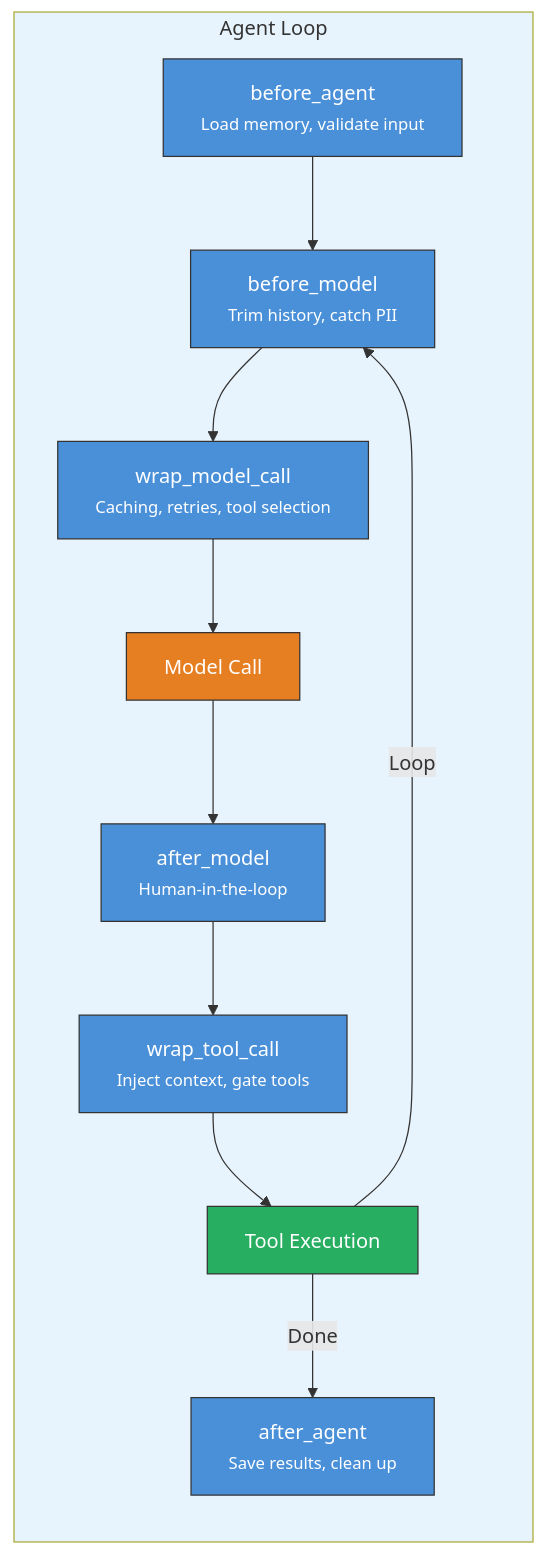
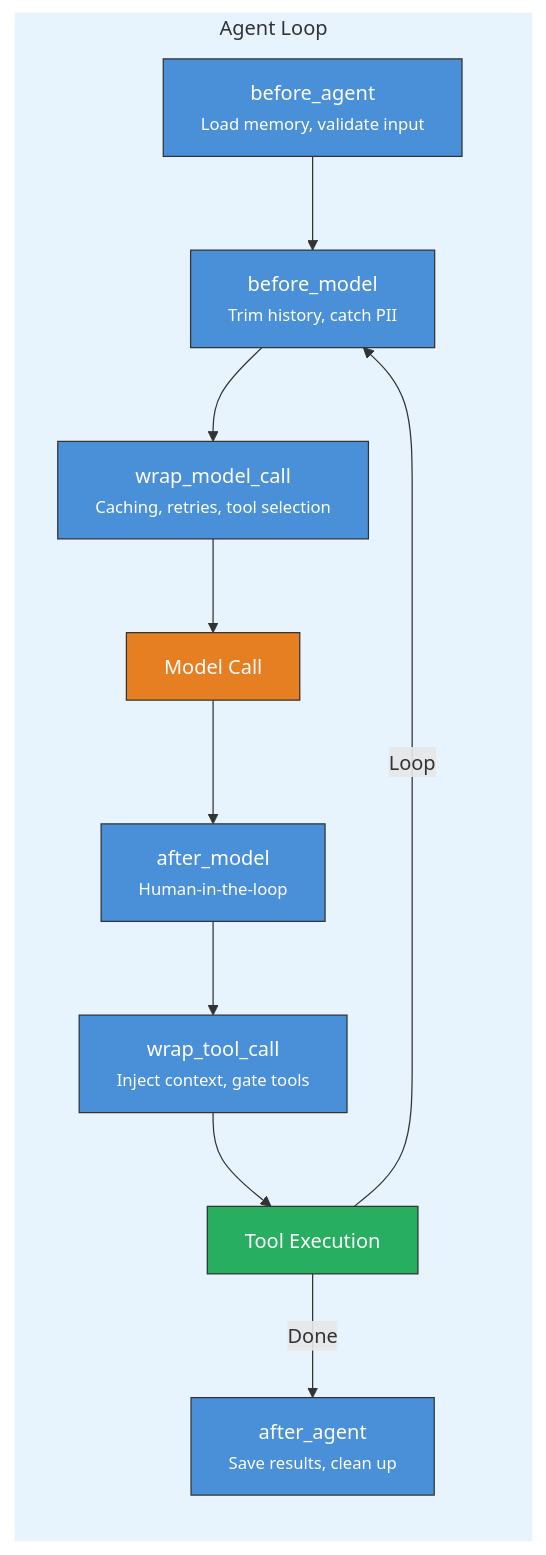
The third of 6 diagrams in posts/agent/Harness-Engineering-for-AI-Agents.qmd (tanquangduong/tanquangduong.github.io), drawn with Mermaid before and after one commit. The commit also changed other lines of this file and 84 other files, not shown here.

````diff
--- a/posts/agent/Harness-Engineering-for-AI-Agents.qmd
+++ b/posts/agent/Harness-Engineering-for-AI-Agents.qmd
@@ -219,27 +219,27 @@
 ```{mermaid}
 graph LR
     subgraph Agent_Loop ["Agent Loop"]
         A["before_agent<br/><small>Load memory, validate input</small>"]
         B["before_model<br/><small>Trim history, catch PII</small>"]
         C["wrap_model_call<br/><small>Caching, retries, tool selection</small>"]
         D["Model Call"]
         E["after_model<br/><small>Human-in-the-loop</small>"]
         F["wrap_tool_call<br/><small>Inject context, gate tools</small>"]
         G["Tool Execution"]
         H["after_agent<br/><small>Save results, clean up</small>"]
     end
 
     A --> B --> C --> D --> E --> F --> G
     G -->|"Loop"| B
     G -->|"Done"| H
 
     style D fill:#e67e22,color:#fff,stroke:#333
     style G fill:#27ae60,color:#fff,stroke:#333
     style A fill:#4a90d9,color:#fff,stroke:#333
     style B fill:#4a90d9,color:#fff,stroke:#333
     style C fill:#4a90d9,color:#fff,stroke:#333
     style E fill:#4a90d9,color:#fff,stroke:#333
     style F fill:#4a90d9,color:#fff,stroke:#333
     style H fill:#4a90d9,color:#fff,stroke:#333
-    style Agent_Loop fill:#e8f4fd
+    style Agent_Loop fill:#e8f4fd, stroke:#ffffff
 ```
````
